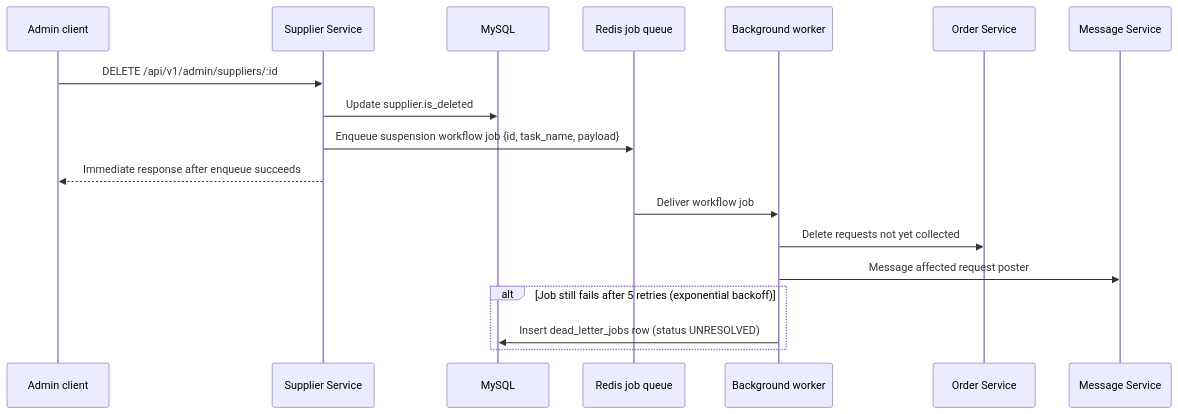
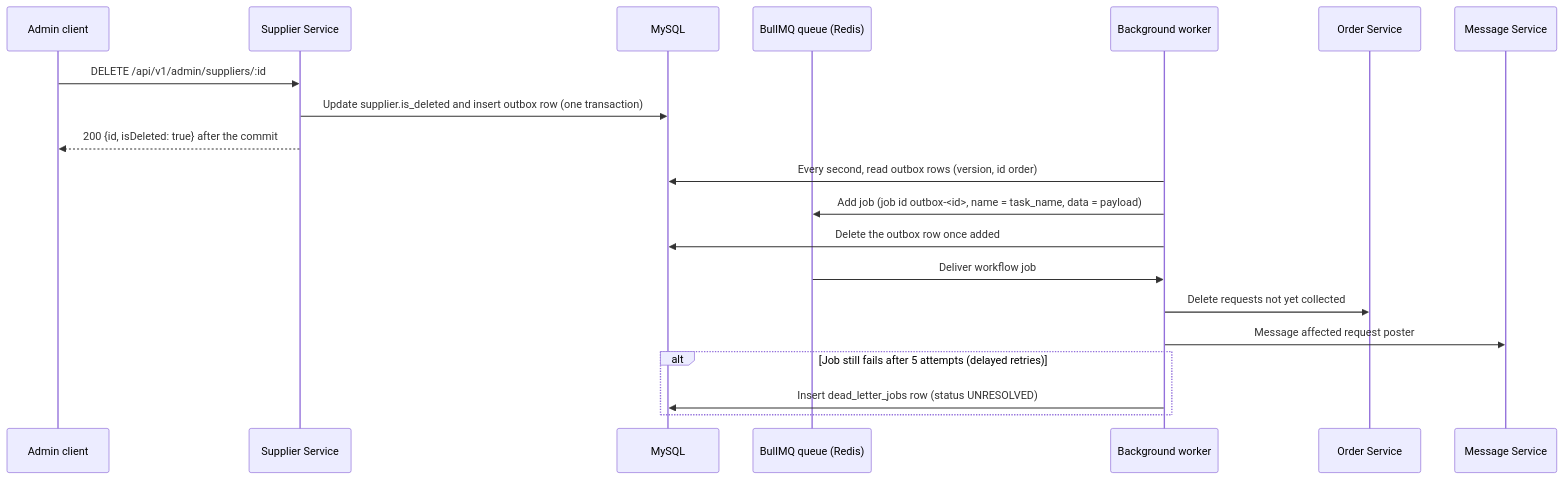
The seventh of 9 diagrams in supplier-service/SupplierServiceArchitecture.md (AY2627S1-CS3219-P18/FoC), drawn with Mermaid before and after one commit. The commit also changed other lines of this file and 4 other files, not shown here.

Commit message:
docs(supplier-service): document Phase 4 outbox, delete, worker and reactivation and log the implementation

````diff
--- a/supplier-service/SupplierServiceArchitecture.md
+++ b/supplier-service/SupplierServiceArchitecture.md
@@ -963,21 +986,23 @@
 ```mermaid
 sequenceDiagram
     participant Admin as Admin client
     participant Supplier as Supplier Service
     participant DB as MySQL
-    participant Redis as Redis job queue
+    participant Redis as BullMQ queue (Redis)
     participant Worker as Background worker
     participant Order as Order Service
     participant Message as Message Service
 
     Admin->>Supplier: DELETE /api/v1/admin/suppliers/:id
-    Supplier->>DB: Update supplier.is_deleted
-    Supplier->>Redis: Enqueue suspension workflow job {id, task_name, payload}
-    Supplier-->>Admin: Immediate response after enqueue succeeds
+    Supplier->>DB: Update supplier.is_deleted and insert outbox row (one transaction)
+    Supplier-->>Admin: 200 {id, isDeleted: true} after the commit
+    Worker->>DB: Every second, read outbox rows (version, id order)
+    Worker->>Redis: Add job (job id outbox-<id>, name = task_name, data = payload)
+    Worker->>DB: Delete the outbox row once added
     Redis->>Worker: Deliver workflow job
     Worker->>Order: Delete requests not yet collected
     Worker->>Message: Message affected request poster
-    alt Job still fails after 5 retries (exponential backoff)
+    alt Job still fails after 5 attempts (delayed retries)
         Worker->>DB: Insert dead_letter_jobs row (status UNRESOLVED)
     end
 ```
````
